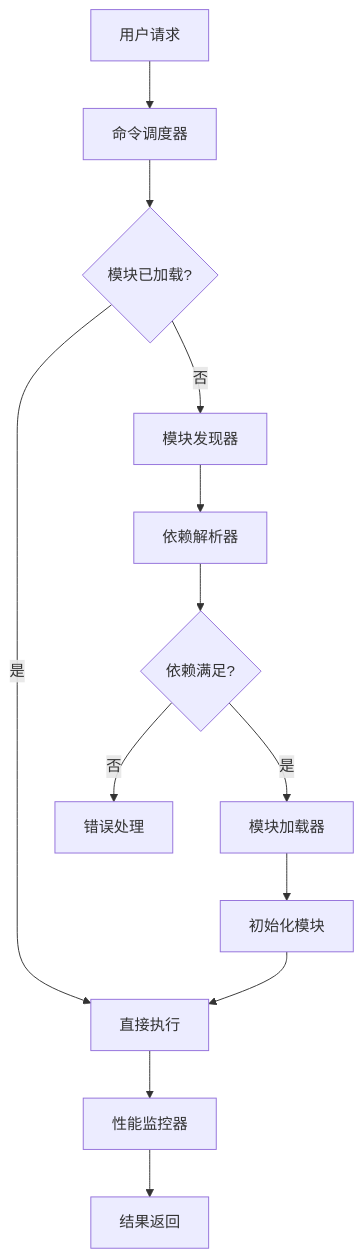
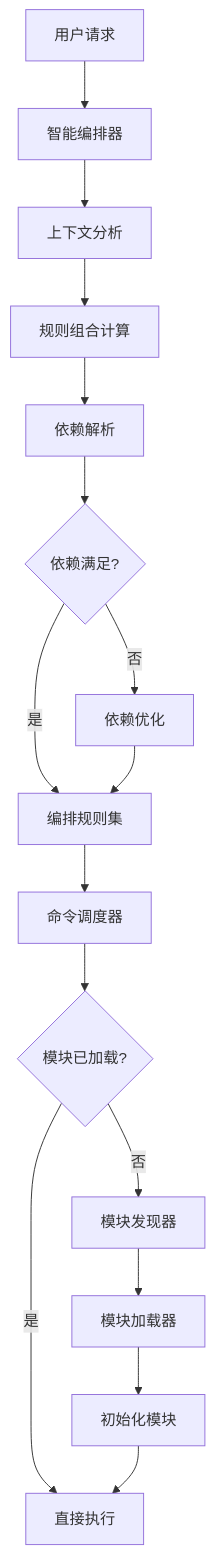
One commit to wangqiqi/cursor-ai-rules changed the diagram in .cursor/rules/module_manager/RULE.md. Above: the diagram before and after it, drawn with Mermaid. The commit also changed other lines of this file and 17 other files, not shown here.

````diff
--- a/.cursor/rules/module_manager/RULE.md
+++ b/.cursor/rules/module_manager/RULE.md
@@ -38,15 +41,18 @@
 ```mermaid
 graph TD
-    A[用户请求] --> B[命令调度器]
-    B --> C{模块已加载?}
-    C -->|是| D[直接执行]
-    C -->|否| E[模块发现器]
-    E --> F[依赖解析器]
-    F --> G{依赖满足?}
-    G -->|是| H[模块加载器]
-    G -->|否| I[错误处理]
-    H --> J[初始化模块]
-    J --> D
-    D --> K[性能监控器]
-    K --> L[结果返回]
+    A[用户请求] --> B[智能编排器]
+    B --> C[上下文分析]
+    C --> D[规则组合计算]
+    D --> E[依赖解析]
+    E --> F{依赖满足?}
+    F -->|是| G[编排规则集]
+    F -->|否| H[依赖优化]
+    G --> I[命令调度器]
+    H --> G
+    I --> J{模块已加载?}
+    J -->|是| K[直接执行]
+    J -->|否| L[模块发现器]
+    L --> M[模块加载器]
+    M --> N[初始化模块]
+    N --> K
 ```
````
